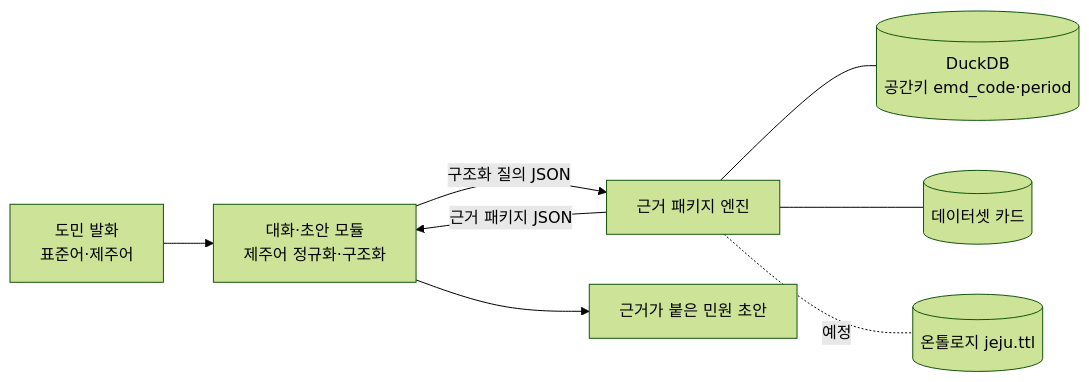
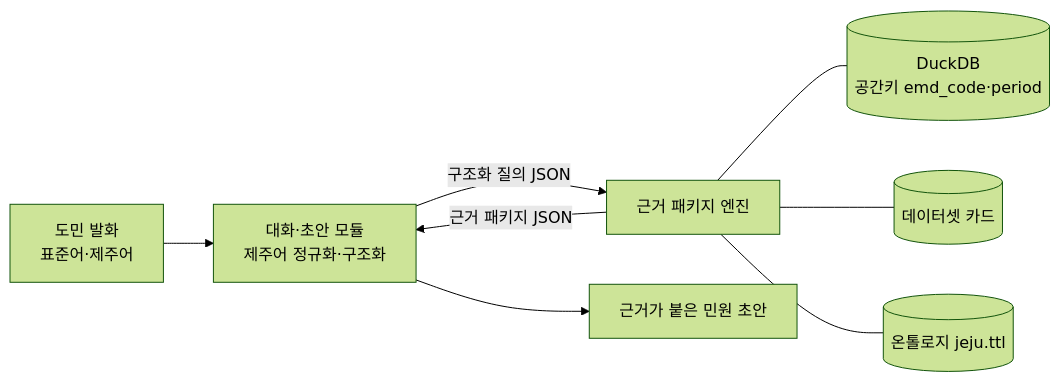
One commit to nuexrim/Jeju-Public-Complaint-Draft-Assistance-Agent changed the diagram in README.md. Above: the diagram before and after it, drawn with Mermaid (forest theme). The commit also changed other lines of this file and 43 other files, not shown here.

````diff
--- a/README.md
+++ b/README.md
@@ -41,10 +45,10 @@
 ```mermaid
 flowchart LR
     U[도민 발화<br/>표준어·제주어] --> A[대화·초안 모듈<br/>제주어 정규화·구조화]
     A -- 구조화 질의 JSON --> B[근거 패키지 엔진]
     B -- 근거 패키지 JSON --> A
     A --> D[근거가 붙은 민원 초안]
     B --- DB[(DuckDB<br/>공간키 emd_code·period)]
     B --- C[(데이터셋 카드)]
-    B -.예정.- O[(온톨로지 jeju.ttl)]
+    B --- O[(온톨로지 jeju.ttl)]
 ```
````
